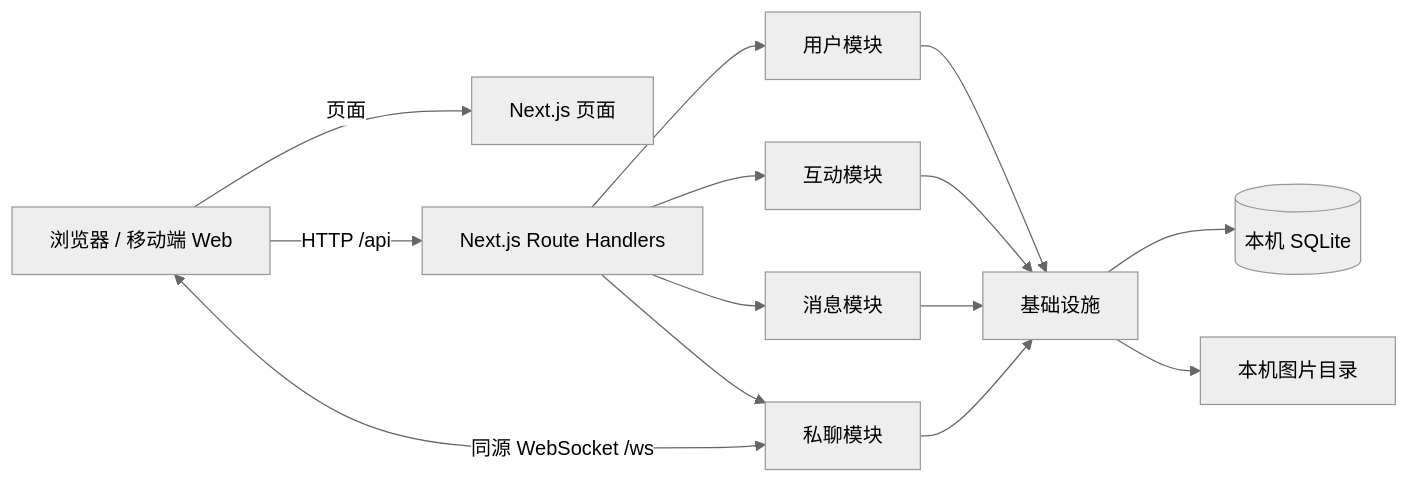
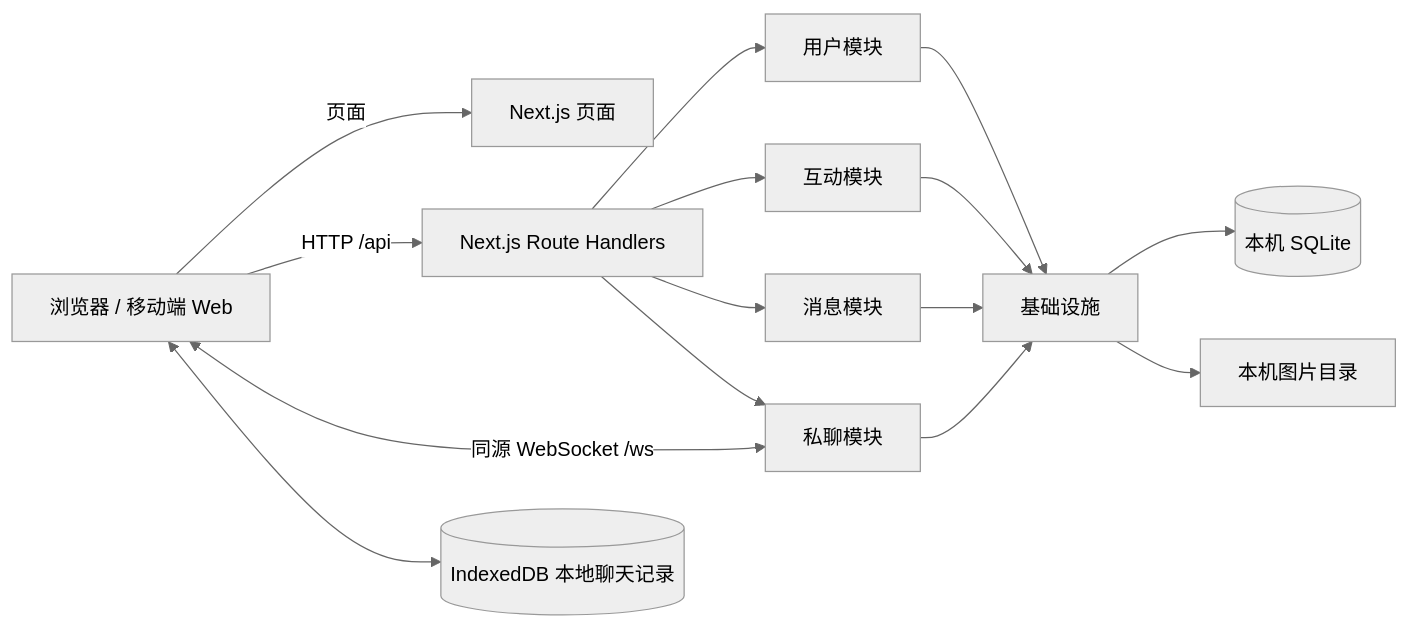
Before and after one commit to LYanl7/052402132-102401507: the first of 2 diagrams in docs/architecture.md, drawn with Mermaid (neutral theme). The commit also changed other lines of this file and 34 other files, not shown here.

````diff
--- a/docs/architecture.md
+++ b/docs/architecture.md
@@ -3,16 +3,17 @@
 ```mermaid
 flowchart LR
     Browser[浏览器 / 移动端 Web] -->|页面| Next[Next.js 页面]
     Browser -->|HTTP /api| Routes[Next.js Route Handlers]
     Browser <-->|同源 WebSocket /ws| Chat[私聊模块]
+    Browser <--> Local[(IndexedDB 本地聊天记录)]
     Routes --> User[用户模块]
     Routes --> Interaction[互动模块]
     Routes --> Message[消息模块]
     Routes --> Chat
     User --> Infra[基础设施]
     Interaction --> Infra
     Message --> Infra
     Chat --> Infra
     Infra --> SQLite[(本机 SQLite)]
     Infra --> Files[本机图片目录]
 ```
````
